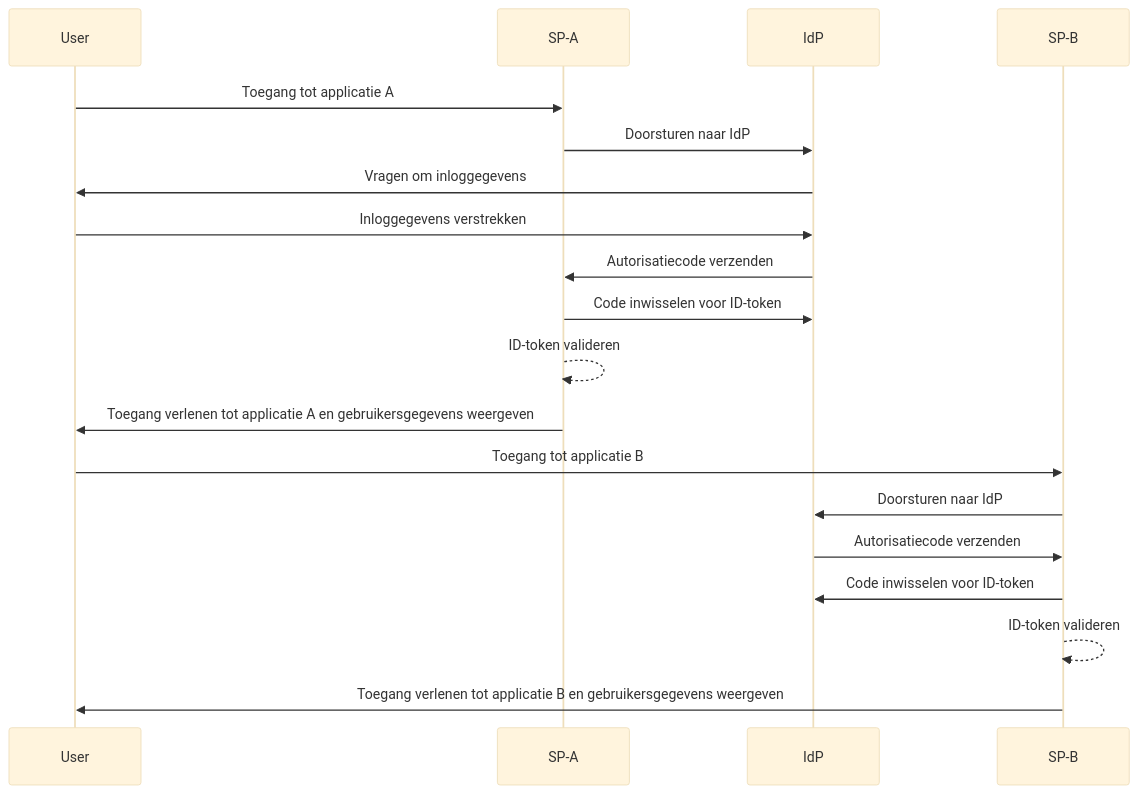
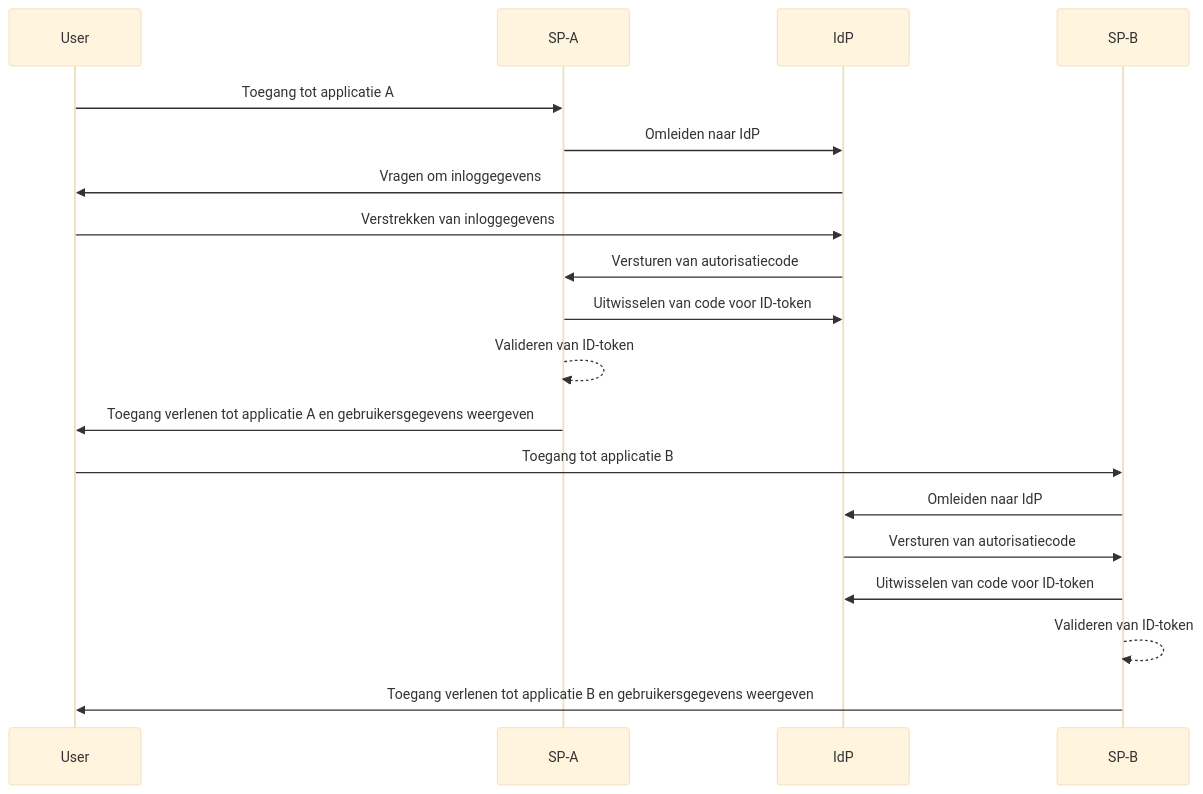
The second of 2 diagrams in src/content/terms/nl/single-sign-on.mdx (logto-io/auth-wiki), drawn with Mermaid (base theme) before and after one commit. The commit also changed other lines of this file and 8 other files, not shown here.

````diff
--- a/src/content/terms/nl/single-sign-on.mdx
+++ b/src/content/terms/nl/single-sign-on.mdx
@@ -54,22 +56,22 @@
 ```mermaid
 sequenceDiagram
     participant User
     participant SP-A
     participant IdP
     participant SP-B
 
     User->>SP-A: Toegang tot applicatie A
-    SP-A->>IdP: Doorsturen naar IdP
+    SP-A->>IdP: Omleiden naar IdP
     IdP->>User: Vragen om inloggegevens
-    User->>IdP: Inloggegevens verstrekken
-    IdP->>SP-A: Autorisatiecode verzenden
-    SP-A->>IdP: Code inwisselen voor ID-token
-    SP-A-->>SP-A: ID-token valideren
+    User->>IdP: Verstrekken van inloggegevens
+    IdP->>SP-A: Versturen van autorisatiecode
+    SP-A->>IdP: Uitwisselen van code voor ID-token
+    SP-A-->>SP-A: Valideren van ID-token
     SP-A->>User: Toegang verlenen tot applicatie A en gebruikersgegevens weergeven
     User->>SP-B: Toegang tot applicatie B
-    SP-B->>IdP: Doorsturen naar IdP
-    IdP->>SP-B: Autorisatiecode verzenden
-    SP-B->>IdP: Code inwisselen voor ID-token
-    SP-B-->>SP-B: ID-token valideren
+    SP-B->>IdP: Omleiden naar IdP
+    IdP->>SP-B: Versturen van autorisatiecode
+    SP-B->>IdP: Uitwisselen van code voor ID-token
+    SP-B-->>SP-B: Valideren van ID-token
     SP-B->>User: Toegang verlenen tot applicatie B en gebruikersgegevens weergeven
 ```
````
